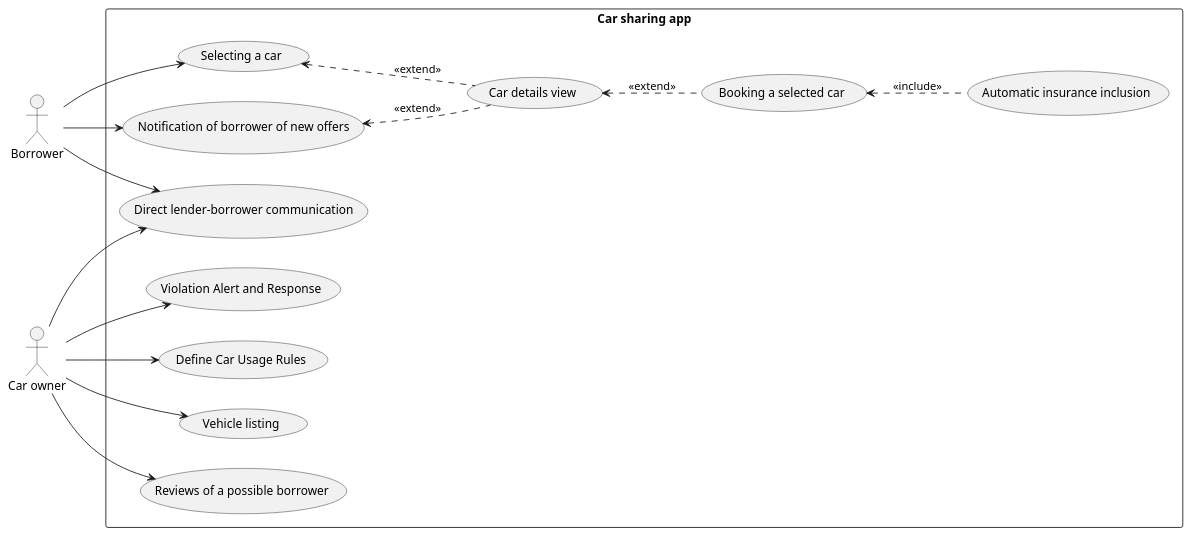
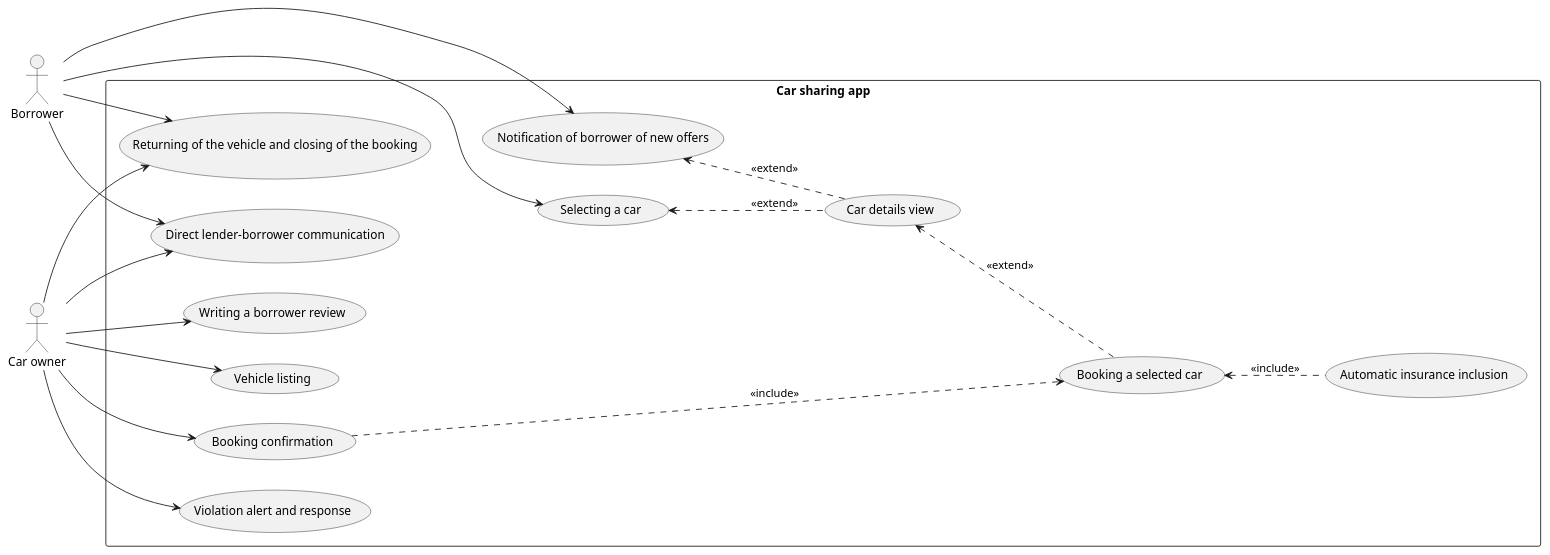
The diagram in usecase_diagram/usecase_diagram.plantuml (bruzla/NSWI041), drawn with PlantUML before and after one commit. The commit also changed 1 other file, not shown here.

Commit message:
update usecase diagram

```diff
--- a/usecase_diagram/usecase_diagram.plantuml
+++ b/usecase_diagram/usecase_diagram.plantuml
@@ -1,59 +1,63 @@
 @startuml
 left to right direction
 ' Define the actors
 actor Borrower as borrower
 
 ' Define the system boundary
 rectangle "Car sharing app" {
 ' UC-1
     (Vehicle listing) as vehicleListing [[https://github.com/bruzla/NSWI041/issues/12]]
 ' UC-2
     (Selecting a car) as selectingCar [[https://github.com/bruzla/NSWI041/issues/13]]
 ' UC-3
     (Booking a selected car) as bookingSelectedCar [[https://github.com/bruzla/NSWI041/issues/14]]
 ' UC-4
     (Car details view) as carDetail [[https://github.com/bruzla/NSWI041/issues/15]]
 ' UC-6
     (Automatic insurance inclusion) as automaticInsurance [[https://github.com/bruzla/NSWI041/issues/17]]
 ' UC-5
-    (Reviews of a possible borrower) as borrowerReviews [[https://github.com/bruzla/NSWI041/issues/16]]
+    (Booking confirmation) as bookingConfirmation [[https://github.com/bruzla/NSWI041/issues/16]]
 ' UC-7
     (Direct lender-borrower communication) as lenderBorrowerCommunication [[https://github.com/bruzla/NSWI041/issues/18]]
 ' UC-8
-    (Violation Alert and Response) as violationAlert [[https://github.com/bruzla/NSWI041/issues/19]]
+    (Violation alert and response) as violationAlert [[https://github.com/bruzla/NSWI041/issues/19]]
 ' UC-9
     (Notification of borrower of new offers) as newOffersNotification [[https://github.com/bruzla/NSWI041/issues/20]]
 ' UC-10
-    (Define Car Usage Rules) as defineCarUsageRules [[https://github.com/bruzla/NSWI041/issues/22]]
+    (Returning of the vehicle and closing of the booking) as finishBooking [[https://github.com/bruzla/NSWI041/issues/22]]
+' UC-011
+    (Writing a borrower review) as addReview [[https://github.com/bruzla/NSWI041/issues/23]]
 }
 
 ' Relationships for User
 borrower --> selectingCar
 'borrower --> bookingSelectedCar
 'borrower --> automaticInsurance
 borrower --> lenderBorrowerCommunication
 'borrower --> carDetail
 borrower --> newOffersNotification
-
+borrower --> finishBooking
 
 ' relations between use cases
 bookingSelectedCar .up.> carDetail : <<extend>>
 carDetail .up.> selectingCar : <<extend>>
 automaticInsurance .up.> bookingSelectedCar : <<include>>
 carDetail .up.> newOffersNotification : <<extend>>
+bookingConfirmation ....> bookingSelectedCar : <<include>>
 
 
 actor "Car owner" as carOwner
 ' Relationships for Admin
+carOwner --> finishBooking
 carOwner --> vehicleListing
 carOwner --> lenderBorrowerCommunication
-carOwner --> borrowerReviews
-carOwner --> defineCarUsageRules
+carOwner --> bookingConfirmation
 carOwner --> violationAlert
+carOwner --> addReview
 
 
 ' Extends and Includes (optional)
 'selectingCar .> vehicleListing : extends
 
 '(Login) .> (Register) : includes
 @enduml
```
